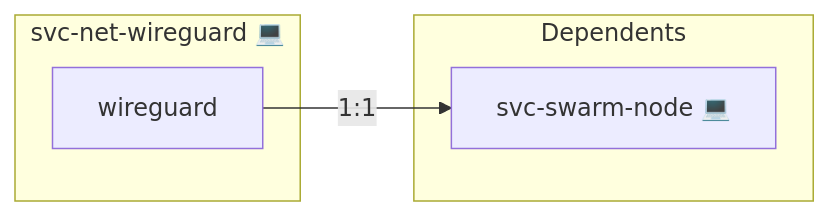
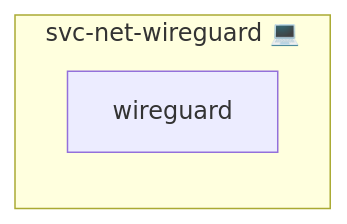
The diagram in roles/svc-net-wireguard/README.md (AlejandroRomanIbanez/infinito-nexus), drawn with Mermaid before and after one commit.

Commit message:
docs(wireguard): regenerate the Cosmos diagram
The README merged with #323 lists svc-swarm-node as a 1:1 dependent, but
no role on main references svc-net-wireguard. make docs regenerates the
Cosmos block from the actual dependency graph and drops the edge.

````diff
--- a/roles/svc-net-wireguard/README.md
+++ b/roles/svc-net-wireguard/README.md
@@ -43,10 +43,6 @@
 ```mermaid
 flowchart LR
     subgraph role [svc-net-wireguard 💻]
         svc_wireguard["wireguard"]
     end
-    subgraph dependents [Dependents]
-        dpt_svc_swarm_node["svc-swarm-node 💻"]
-    end
-    svc_wireguard -- "1:1" --> dpt_svc_swarm_node
 ```
````
